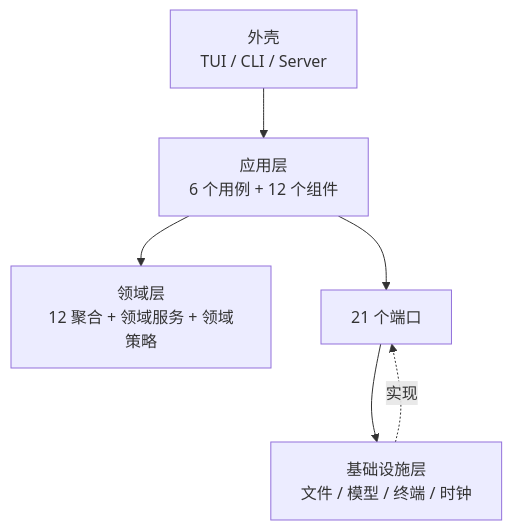
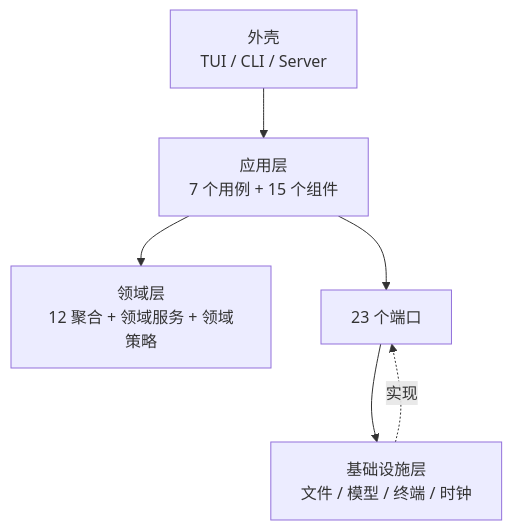
One commit to zcd0831/Jellyfish-Docs changed the first of 10 diagrams in model/模块-应用层.md. Above: the diagram before and after it, drawn with Mermaid. The commit also changed other lines of this file and 16 other files, not shown here.

````diff
--- a/model/模块-应用层.md
+++ b/model/模块-应用层.md
@@ -25,8 +25,8 @@
 ```mermaid
 flowchart TD
-    SHELL["外壳<br/>TUI / CLI / Server"] --> UC["应用层<br/>6 个用例 + 12 个组件"]
+    SHELL["外壳<br/>TUI / CLI / Server"] --> UC["应用层<br/>7 个用例 + 15 个组件"]
     UC --> DOM["领域层<br/>12 聚合 + 领域服务 + 领域策略"]
-    UC --> PORT["21 个端口"]
+    UC --> PORT["23 个端口"]
     PORT --> INFRA["基础设施层<br/>文件 / 模型 / 终端 / 时钟"]
     INFRA -.实现.-> PORT
 ```
````
